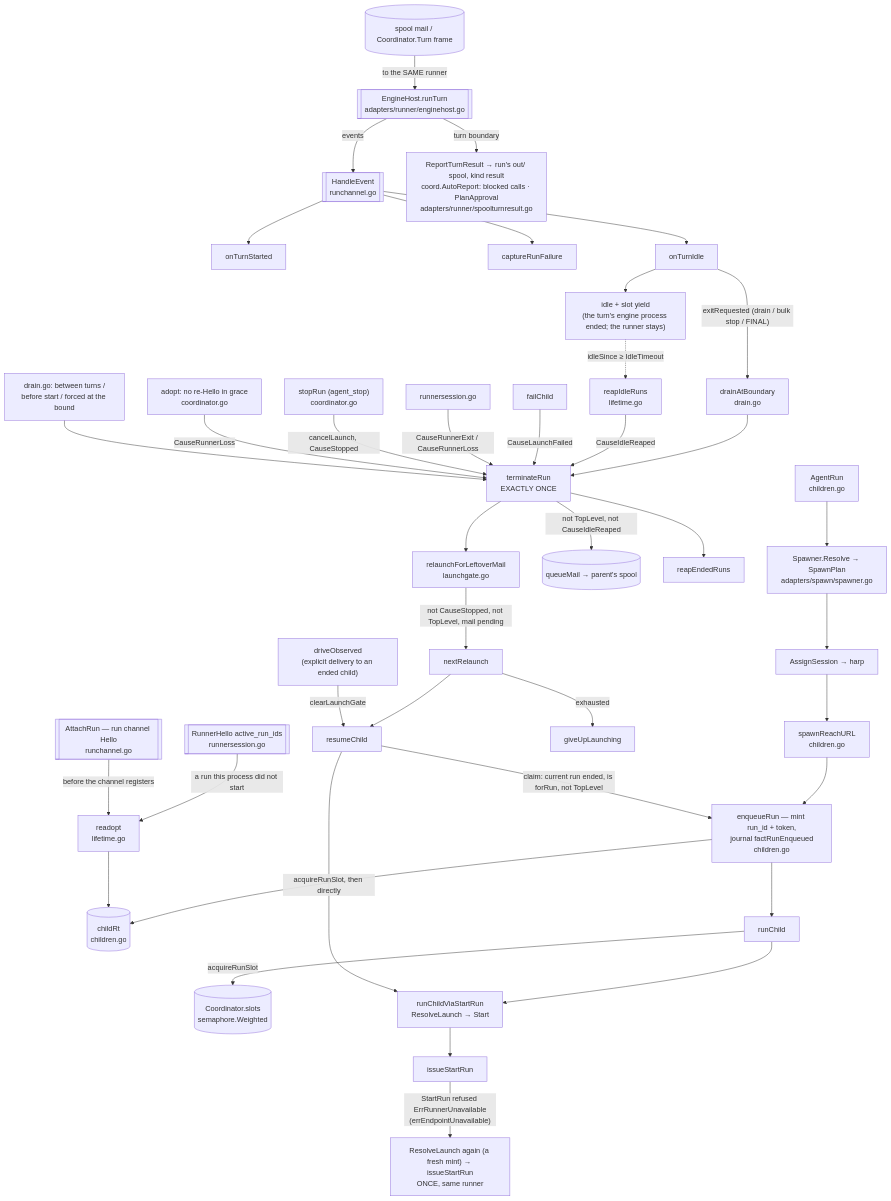
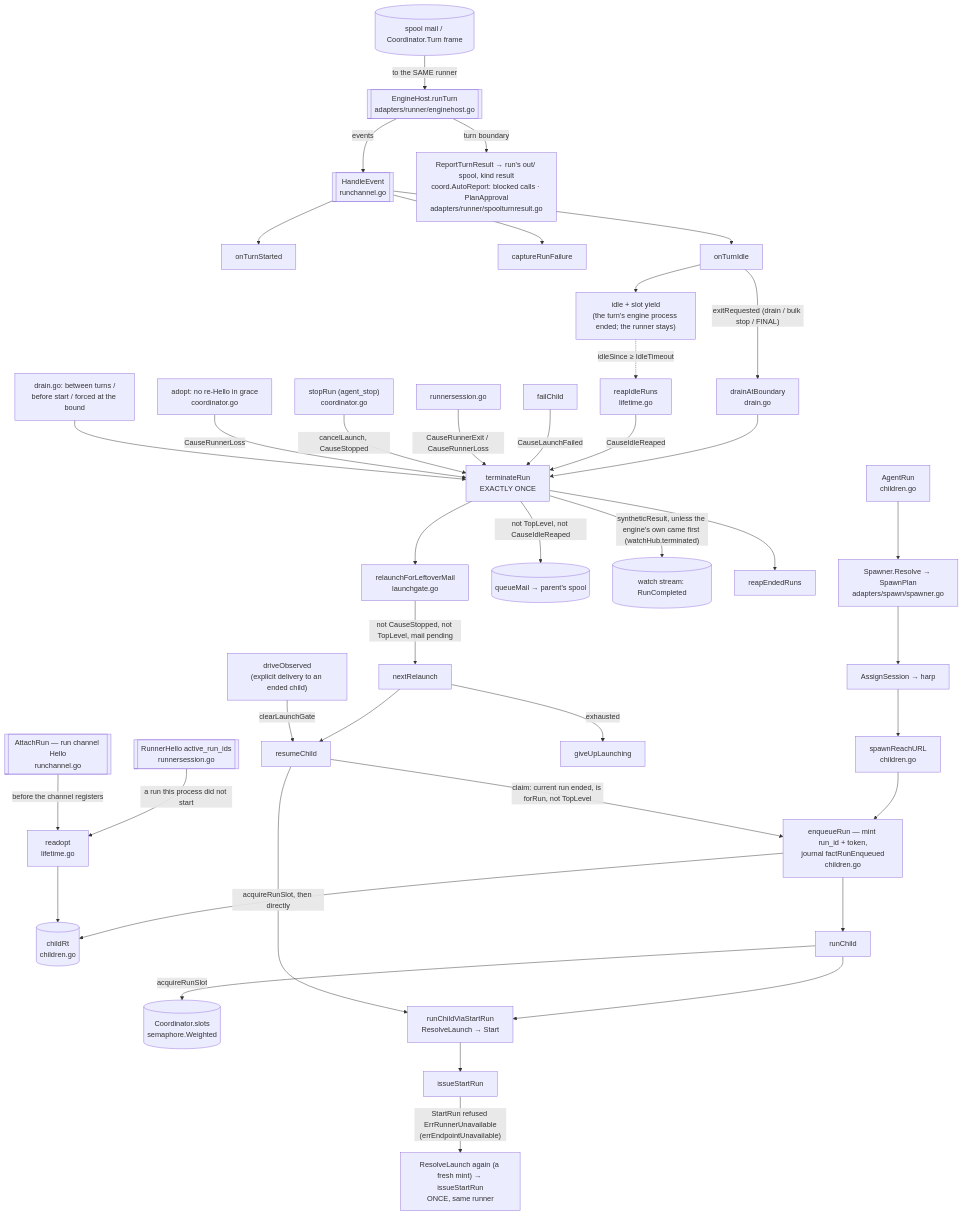
One commit to ctxloom/ctxloom changed the diagram in docs/architecture/agentcoord/child-lifecycle.md. Above: the diagram before and after it, drawn with Mermaid. The commit also changed 23 other files, not shown here.

````diff
--- a/docs/architecture/agentcoord/child-lifecycle.md
+++ b/docs/architecture/agentcoord/child-lifecycle.md
@@ -17,39 +17,40 @@
 ```mermaid
 flowchart TD
   AR["AgentRun<br/>children.go"] --> RES["Spawner.Resolve → SpawnPlan<br/>adapters/spawn/spawner.go"]
   RES --> ASSIGN["AssignSession → harp"]
   ASSIGN --> URL["spawnReachURL<br/>children.go"]
   URL --> EQ["enqueueRun — mint run_id + token,<br/>journal factRunEnqueued<br/>children.go"]
   EQ --> RT[("childRt<br/>children.go")]
   EQ --> RC["runChild"]
   RC -->|acquireRunSlot| TS[("Coordinator.slots<br/>semaphore.Weighted")]
   RC --> VSR["runChildViaStartRun<br/>ResolveLaunch → Start"] --> ISR["issueStartRun"]
   ISR -->|"StartRun refused ErrRunnerUnavailable<br/>(errEndpointUnavailable)"| REBIND["ResolveLaunch again (a fresh mint) → issueStartRun<br/>ONCE, same runner"]
 
   ENG[["EngineHost.runTurn<br/>adapters/runner/enginehost.go"]] -->|events| RCH[["HandleEvent<br/>runchannel.go"]]
   ENG -->|turn boundary| TR["ReportTurnResult → run's out/ spool, kind result<br/>coord.AutoReport: blocked calls · PlanApproval<br/>adapters/runner/spoolturnresult.go"]
   RCH --> OTS["onTurnStarted"]
   RCH --> CRF["captureRunFailure"]
   RCH --> OTI["onTurnIdle"]
   OTI -->|"exitRequested (drain / bulk stop / FINAL)"| DAB["drainAtBoundary<br/>drain.go"] --> TERM
   OTI --> IDLE["idle + slot yield<br/>(the turn's engine process ended; the runner stays)"]
   IDLE -.->|"idleSince ≥ IdleTimeout"| REAPER["reapIdleRuns<br/>lifetime.go"] -->|CauseIdleReaped| TERM
   MAILIN[("spool mail / Coordinator.Turn frame")] -->|"to the SAME runner"| ENG
   HELLO[["RunnerHello active_run_ids<br/>runnersession.go"]] -->|"a run this process did not start"| READOPT["readopt<br/>lifetime.go"] --> RT
   ATTACH[["AttachRun — run channel Hello<br/>runchannel.go"]] -->|"before the channel registers"| READOPT
 
   FC["failChild"] -->|CauseLaunchFailed| TERM["terminateRun<br/>EXACTLY ONCE"]
   RS["runnersession.go"] -->|"CauseRunnerExit / CauseRunnerLoss"| TERM
   STOP["stopRun (agent_stop)<br/>coordinator.go"] -->|"cancelLaunch, CauseStopped"| TERM
   GRACE["adopt: no re-Hello in grace<br/>coordinator.go"] -->|CauseRunnerLoss| TERM
   DRAIN["drain.go: between turns /<br/>before start / forced at the bound"] --> TERM
   TERM -->|"not TopLevel, not CauseIdleReaped"| NOTICE[("queueMail → parent's spool")]
+  TERM -->|"syntheticResult, unless the engine's own came first (watchHub.terminated)"| WATCH[("watch stream: RunCompleted")]
   TERM --> REAP["reapEndedRuns"]
   TERM --> RLM["relaunchForLeftoverMail<br/>launchgate.go"]
   RLM -->|"not CauseStopped, not TopLevel, mail pending"| NR["nextRelaunch"]
   NR -->|exhausted| GU["giveUpLaunching"]
   NR --> RSC["resumeChild"]
   DOBS["driveObserved<br/>(explicit delivery to an ended child)"] -->|clearLaunchGate| RSC
   RSC -->|"claim: current run ended, is forRun, not TopLevel"| EQ
   RSC -->|"acquireRunSlot, then directly"| VSR
 ```
````
